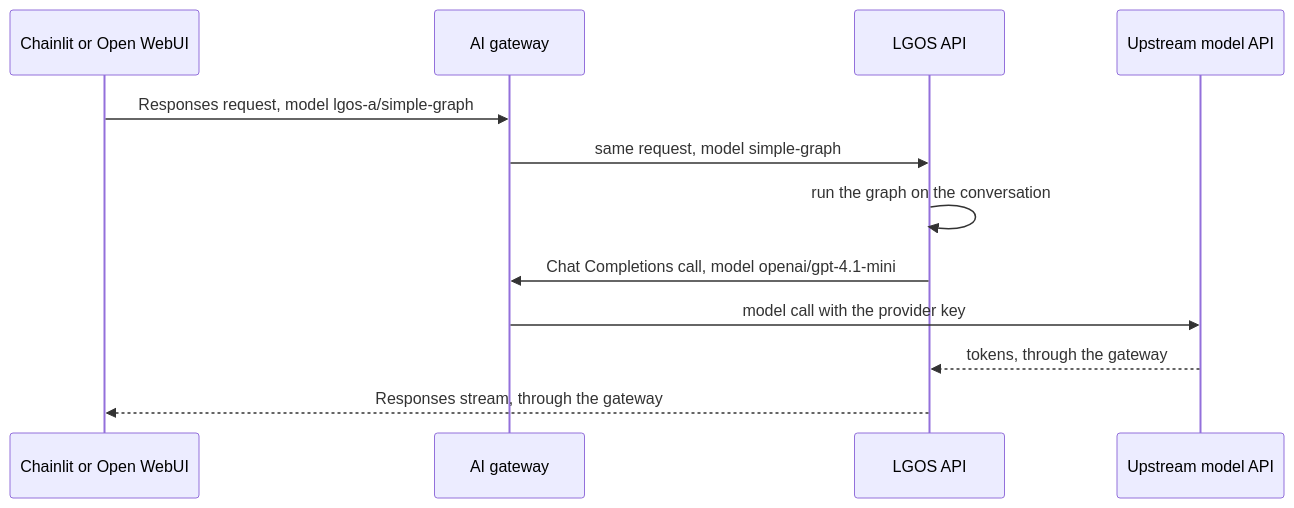
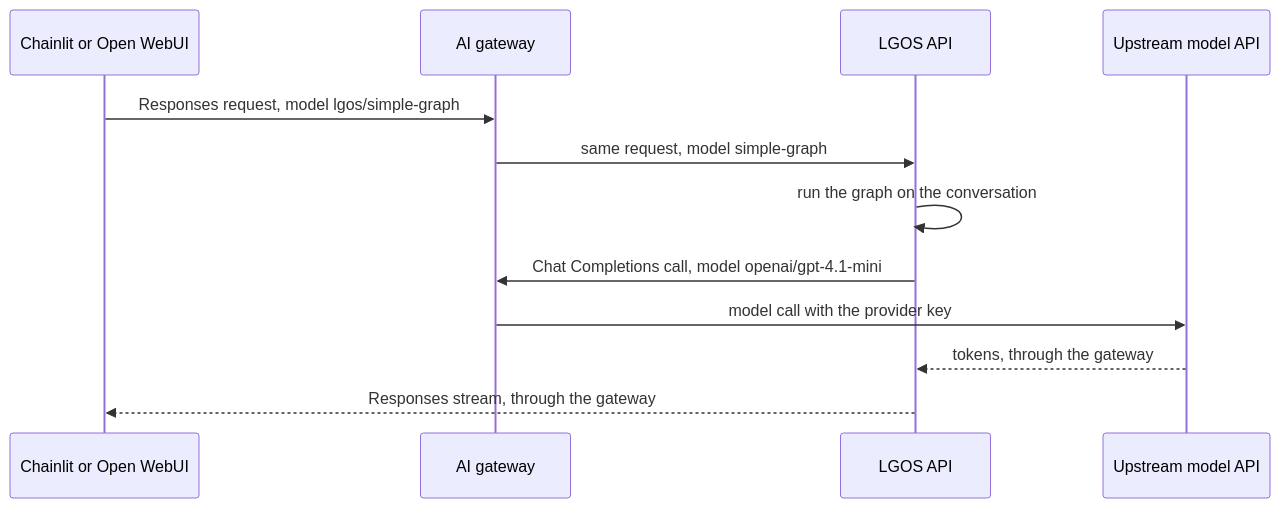
One commit to ilkersigirci/langgraph-openai-serve changed the second of 2 diagrams in docs/demo/architecture.md. Above: the diagram before and after it, drawn with Mermaid. The commit also changed other lines of this file and 57 other files, not shown here.

Commit message:
feat: Consolidate all demo APIs under the lgos/ model namespace

````diff
--- a/docs/demo/architecture.md
+++ b/docs/demo/architecture.md
@@ -86,15 +86,15 @@
 ```mermaid
 sequenceDiagram
   participant UI as Chainlit or Open WebUI
   participant GW as AI gateway
   participant API as LGOS API
   participant LLM as Upstream model API
 
-  UI->>GW: Responses request, model lgos-a/simple-graph
+  UI->>GW: Responses request, model lgos/simple-graph
   GW->>API: same request, model simple-graph
   API->>API: run the graph on the conversation
   API->>GW: Chat Completions call, model openai/gpt-4.1-mini
   GW->>LLM: model call with the provider key
   LLM-->>API: tokens, through the gateway
   API-->>UI: Responses stream, through the gateway
 ```
````
